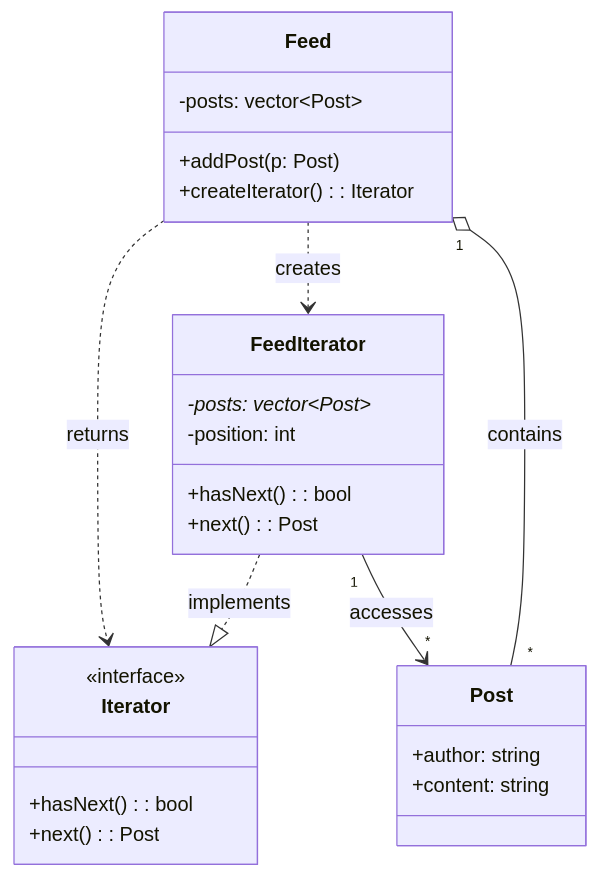
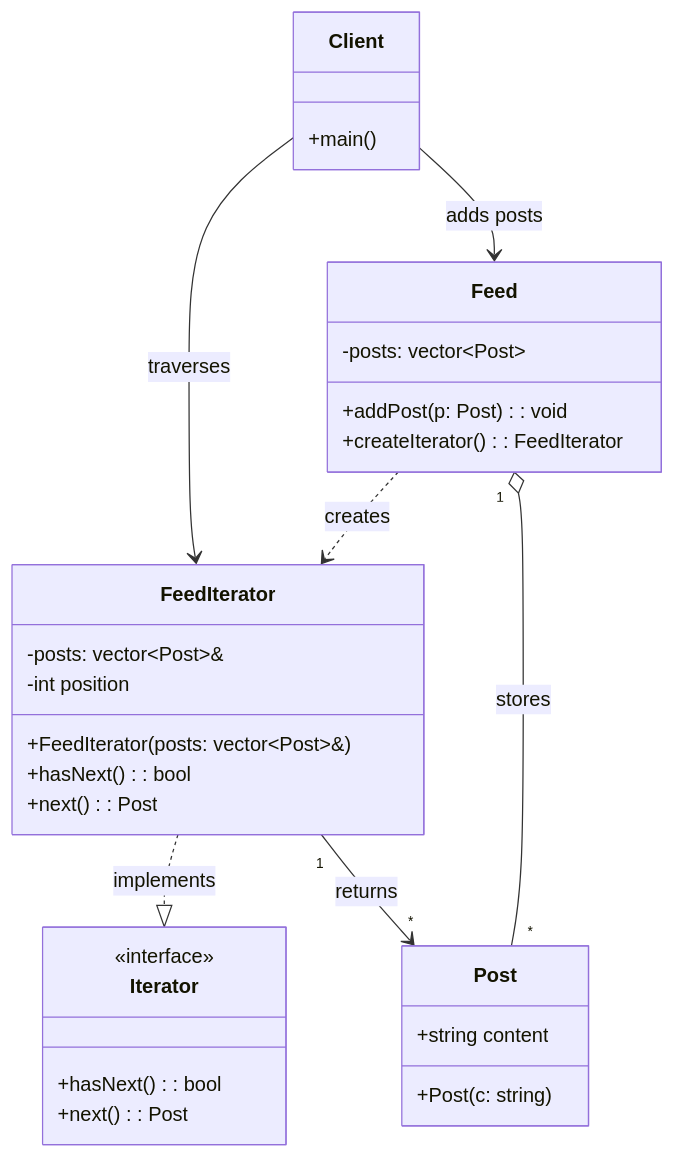
One commit to apondatta11/CSE_3206_Lab_3_Group_7 changed the first of 2 diagrams in README.md. Above: the diagram before and after it, drawn with Mermaid. The commit also changed other lines of this file, not shown here.

Commit message:
updated the readme.md for mediator & iterator

````diff
--- a/README.md
+++ b/README.md
@@ -251,32 +238,34 @@
 ```mermaid
 classDiagram
+    class Client {
+        +main()
+    }
     class Iterator {
         <<interface>>
         +hasNext() : bool
         +next() : Post
     }
-
     class FeedIterator {
-        -posts: vector~Post~*
-        -position: int
+        -posts: vector~Post~&
+        -int position
+        +FeedIterator(posts: vector~Post~&)
         +hasNext() : bool
         +next() : Post
     }
-
     class Feed {
         -posts: vector~Post~
-        +addPost(p: Post)
-        +createIterator() : Iterator
+        +addPost(p: Post) : void
+        +createIterator() : FeedIterator
     }
-
     class Post {
-        +author: string
-        +content: string
+        +string content
+        +Post(c: string)
     }
 
     FeedIterator ..|> Iterator : implements
     Feed ..> FeedIterator : creates
-    Feed ..> Iterator : returns
-    Feed "1" o-- "*" Post : contains
-    FeedIterator "1" --> "*" Post : accesses
+    Client --> Feed : adds posts
+    Client --> FeedIterator : traverses
+    Feed "1" o-- "*" Post : stores
+    FeedIterator "1" --> "*" Post : returns
 ```
````
